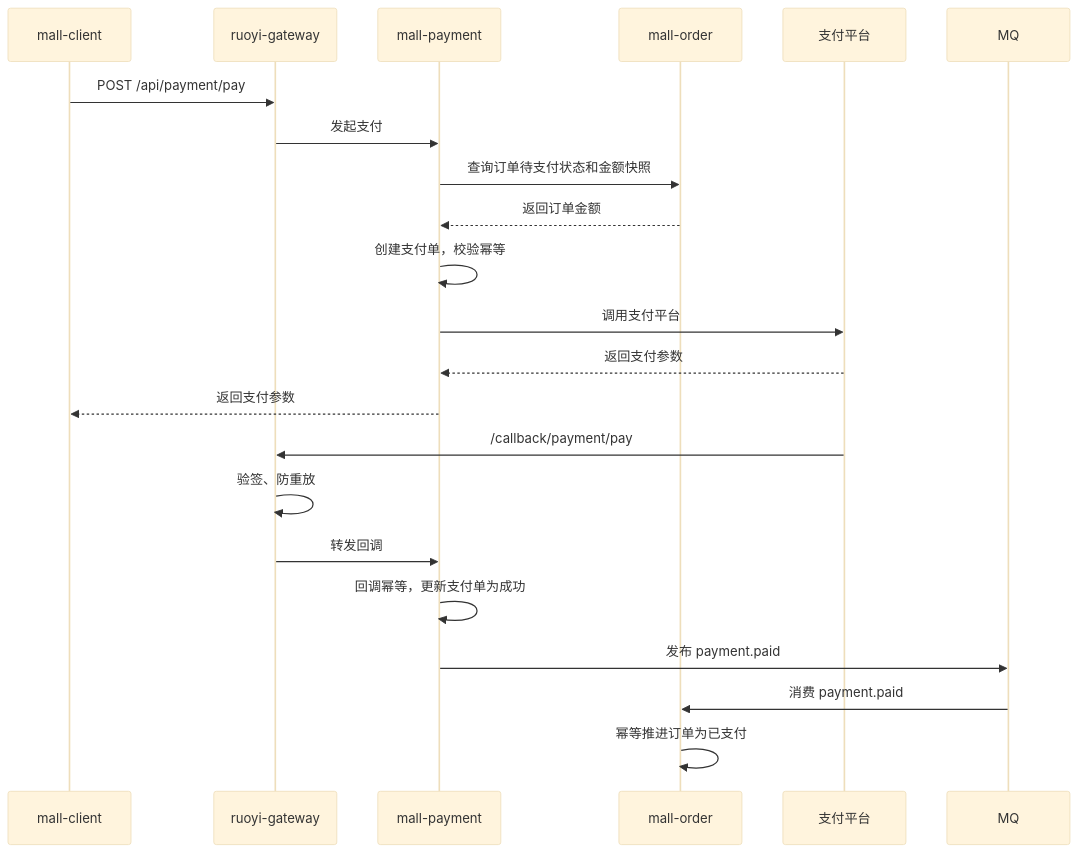
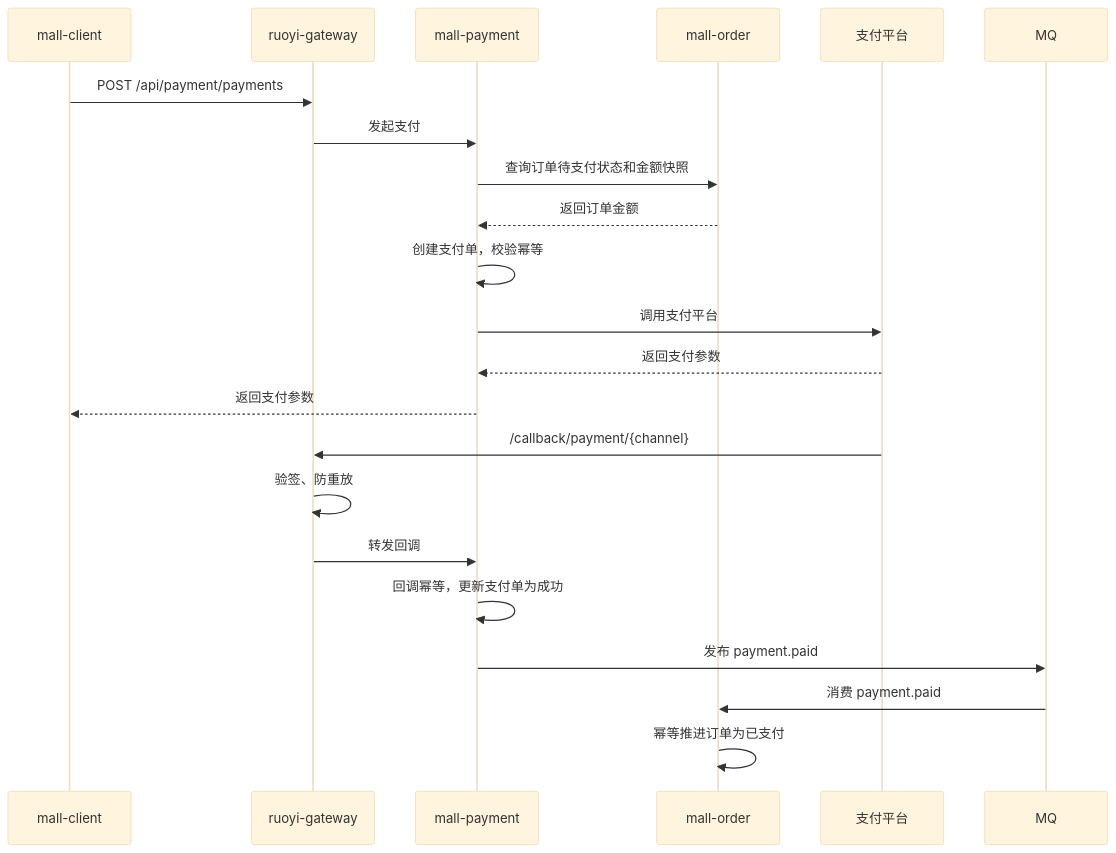
Before and after one commit to 1016297824/JH-Mall: the third of 4 diagrams in docs/design/02_系统概要设计_补充.md, drawn with Mermaid (base theme). The commit also changed other lines of this file and 1 other file, not shown here.

````diff
--- a/docs/design/02_系统概要设计_补充.md
+++ b/docs/design/02_系统概要设计_补充.md
@@ -976,26 +976,26 @@
 ```mermaid
 sequenceDiagram
     participant C as mall-client
     participant G as ruoyi-gateway
     participant Pay as mall-payment
     participant O as mall-order
     participant Provider as 支付平台
     participant MQ as MQ
 
-    C->>G: POST /api/payment/pay
+    C->>G: POST /api/payment/payments
     G->>Pay: 发起支付
     Pay->>O: 查询订单待支付状态和金额快照
     O-->>Pay: 返回订单金额
     Pay->>Pay: 创建支付单，校验幂等
     Pay->>Provider: 调用支付平台
     Provider-->>Pay: 返回支付参数
     Pay-->>C: 返回支付参数
 
-    Provider->>G: /callback/payment/pay
+    Provider->>G: /callback/payment/{channel}
     G->>G: 验签、防重放
     G->>Pay: 转发回调
     Pay->>Pay: 回调幂等，更新支付单为成功
     Pay->>MQ: 发布 payment.paid
     MQ->>O: 消费 payment.paid
     O->>O: 幂等推进订单为已支付
 ```
````
